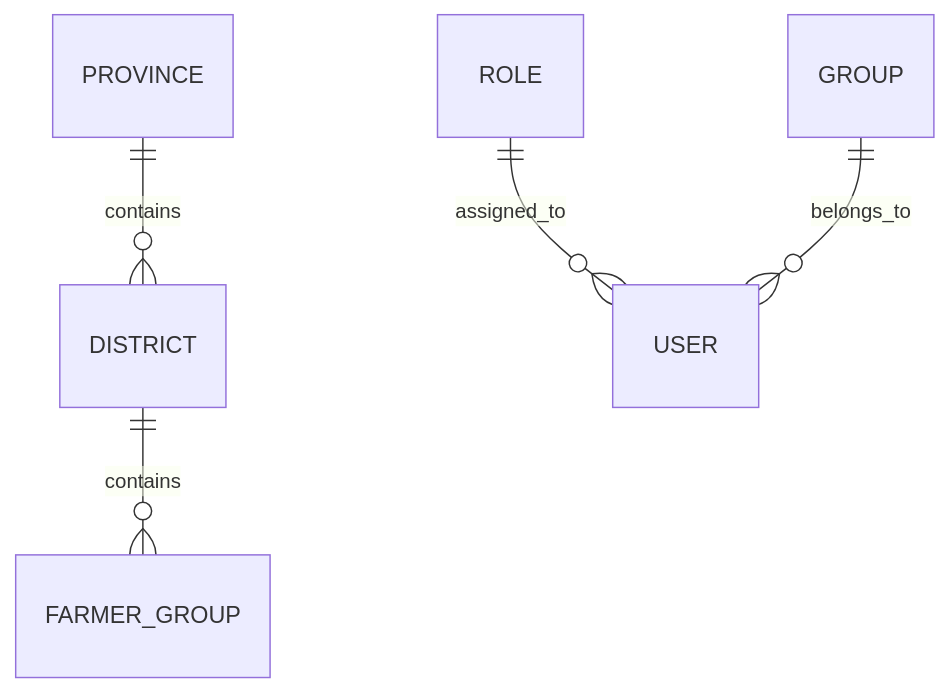
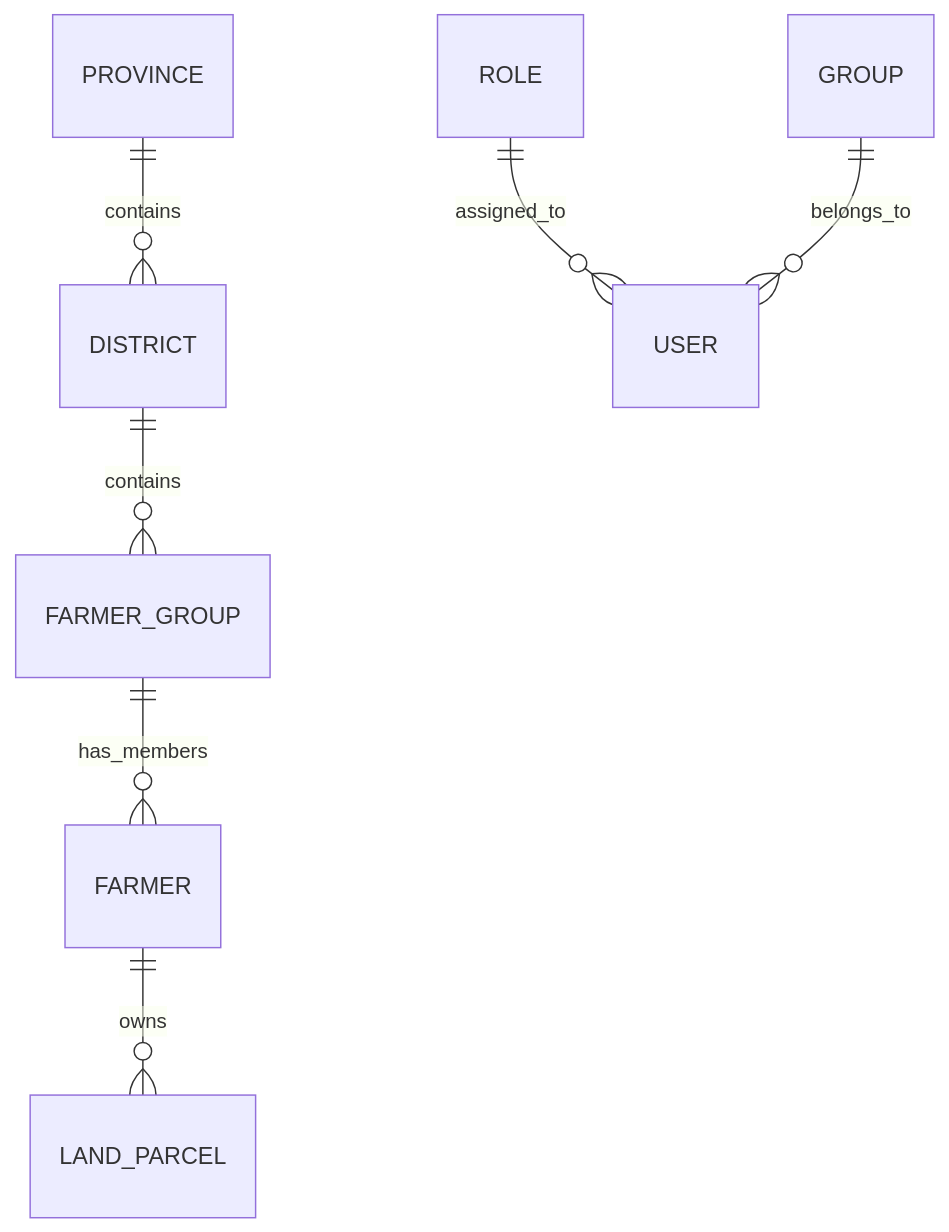
One commit to newlighteagle/sh-mis changed the second of 2 diagrams in docs/tech-doc.md. Above: the diagram before and after it, drawn with Mermaid. The commit also changed other lines of this file and 27 other files, not shown here.

````diff
--- a/docs/tech-doc.md
+++ b/docs/tech-doc.md
@@ -674,7 +691,9 @@
 ```mermaid
 erDiagram
     PROVINCE ||--o{ DISTRICT : contains
     DISTRICT ||--o{ FARMER_GROUP : contains
     ROLE ||--o{ USER : assigned_to
     GROUP ||--o{ USER : belongs_to
+    FARMER_GROUP ||--o{ FARMER : has_members
+    FARMER ||--o{ LAND_PARCEL : owns
 ```
````
